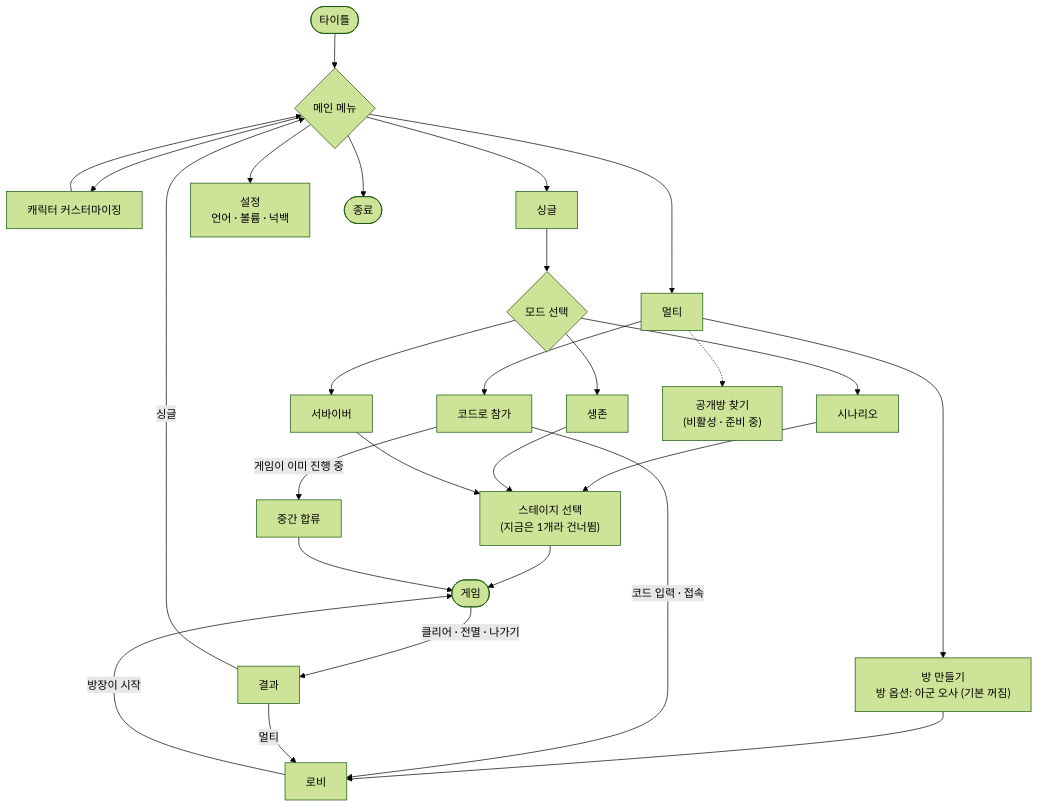
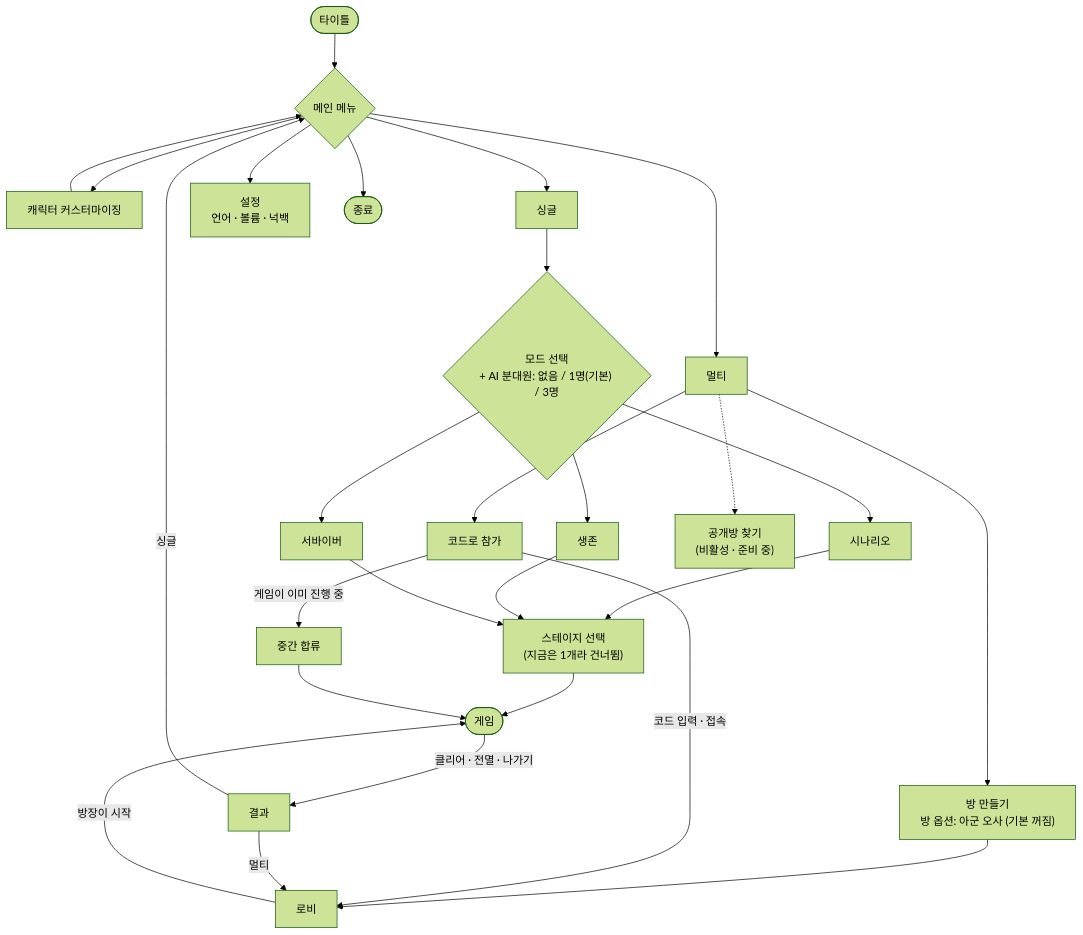
One commit to minidice/game-plushpanic-hordeshooter changed the first of 4 diagrams in doc/menu-multiplayer-plan.md. Above: the diagram before and after it, drawn with Mermaid (forest theme). The commit also changed other lines of this file and 35 other files, not shown here.

````diff
--- a/doc/menu-multiplayer-plan.md
+++ b/doc/menu-multiplayer-plan.md
@@ -11,33 +11,33 @@
 ```mermaid
 flowchart TD
     Title([타이틀]) --> Main{메인 메뉴}
 
     Main --> Custom[캐릭터 커스터마이징]
     Main --> Single[싱글]
     Main --> Multi[멀티]
     Main --> Settings[설정<br/>언어 · 볼륨 · 넉백]
     Main --> Quit([종료])
 
     Custom --> Main
 
-    Single --> SMode{모드 선택}
+    Single --> SMode{"모드 선택<br/>+ AI 분대원: 없음 / 1명(기본) / 3명"}
     SMode --> Scenario[시나리오]
     SMode --> Survival[생존]
     SMode --> Survivor[서바이버]
     Scenario & Survival & Survivor --> SStage["스테이지 선택<br/>(지금은 1개라 건너뜀)"]
     SStage --> Game([게임])
 
     Multi --> Host["방 만들기<br/>방 옵션: 아군 오사 (기본 꺼짐)"]
     Multi --> Join[코드로 참가]
     Multi -.-> Public["공개방 찾기<br/>(비활성 · 준비 중)"]
 
     Host --> Lobby[로비]
     Join -->|코드 입력 · 접속| Lobby
     Join -->|게임이 이미 진행 중| MidJoin[중간 합류]
     MidJoin --> Game
     Lobby -->|방장이 시작| Game
 
     Game -->|클리어 · 전멸 · 나가기| Result[결과]
     Result -->|싱글| Main
     Result -->|멀티| Lobby
 ```
````
